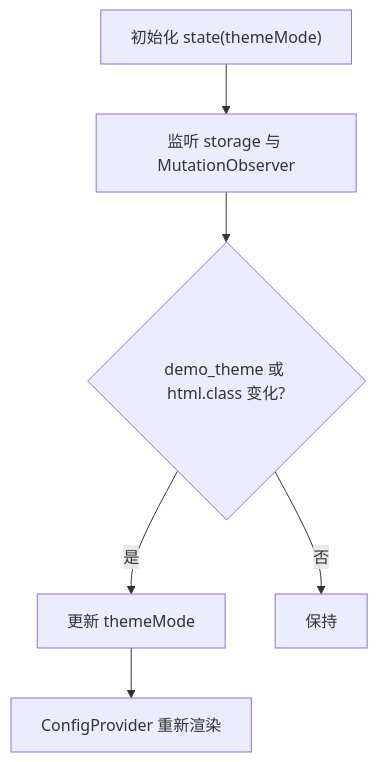
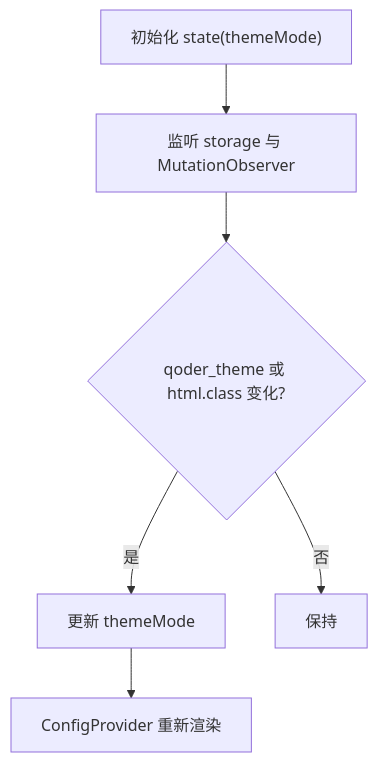
One commit to haohailiang/qoder-fullstack changed the fifth of 8 diagrams in .qoder/repowiki/zh/content/核心功能实现/全局主题切换系统.md. Above: the diagram before and after it, drawn with Mermaid. The commit also changed other lines of this file and 45 other files, not shown here.

````diff
--- a/.qoder/repowiki/zh/content/核心功能实现/全局主题切换系统.md
+++ b/.qoder/repowiki/zh/content/核心功能实现/全局主题切换系统.md
@@ -206,8 +206,8 @@
 ```mermaid
 flowchart TD
 Init["初始化 state(themeMode)"] --> Listen["监听 storage 与 MutationObserver"]
-Listen --> Detect{"demo_theme 或 html.class 变化?"}
+Listen --> Detect{"qoder_theme 或 html.class 变化?"}
 Detect --> |是| Update["更新 themeMode"]
 Update --> Render["ConfigProvider 重新渲染"]
 Detect --> |否| Idle["保持"]
 ```
````
